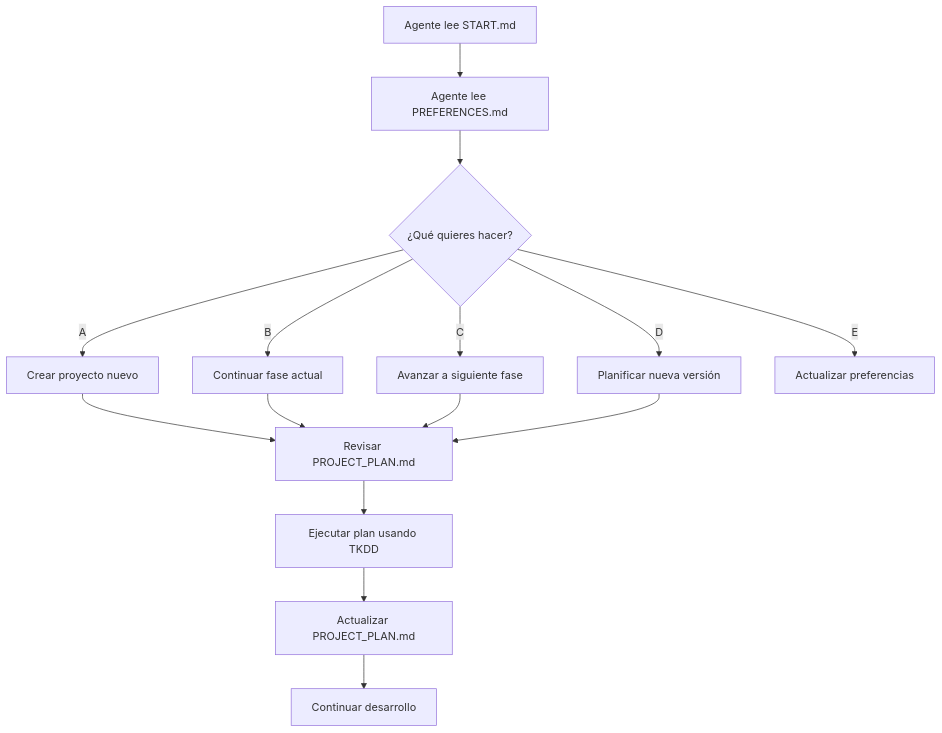
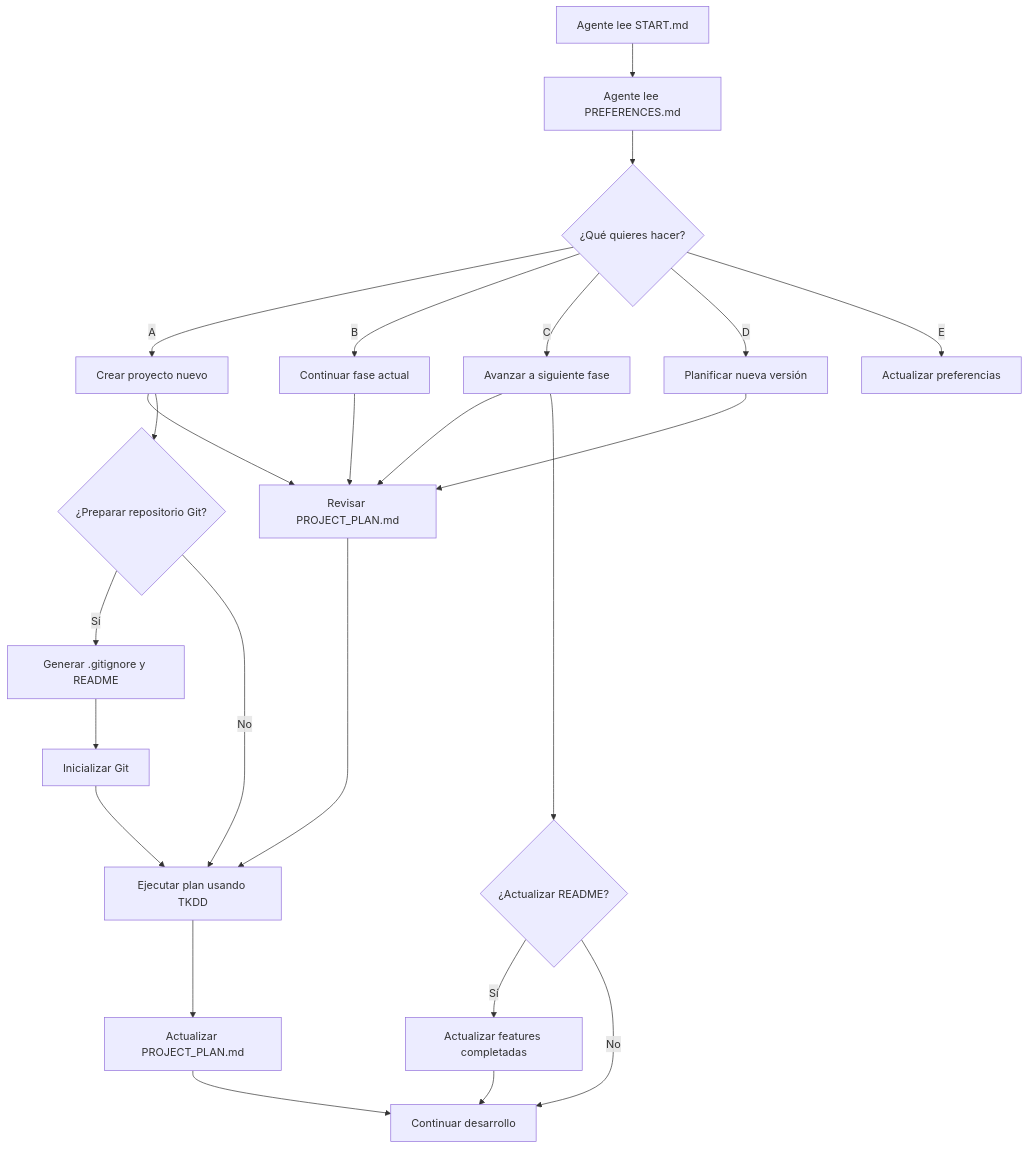
Before and after one commit to nimbomx/CADD: the diagram in CADD.md, drawn with Mermaid. The commit also changed other lines of this file, not shown here.

First line of the commit message:
docs: update CADD.md with v1.1.0 features

````diff
--- a/CADD.md
+++ b/CADD.md
@@ -30,19 +30,31 @@
 ```mermaid
 flowchart TD
     A[Agente lee START.md] --> B[Agente lee PREFERENCES.md]
     B --> C{¿Qué quieres hacer?}
     C -->|A| D[Crear proyecto nuevo]
     C -->|B| E[Continuar fase actual]
     C -->|C| F[Avanzar a siguiente fase]
     C -->|D| G[Planificar nueva versión]
     C -->|E| H[Actualizar preferencias]
     
     D --> I[Revisar PROJECT_PLAN.md]
     E --> I
     F --> I
     G --> I
     
     I --> J[Ejecutar plan usando TKDD]
-    J --> K[Actualizar PROJECT_PLAN.md]
-    K --> L[Continuar desarrollo]
+    
+    D --> K{¿Preparar repositorio Git?}
+    K -->|Sí| L[Generar .gitignore y README]
+    K -->|No| J
+    L --> M[Inicializar Git]
+    M --> J
+    
+    F --> N{¿Actualizar README?}
+    N -->|Sí| O[Actualizar features completadas]
+    N -->|No| P[Continuar desarrollo]
+    O --> P
+    
+    J --> Q[Actualizar PROJECT_PLAN.md]
+    Q --> P
 ```
````
